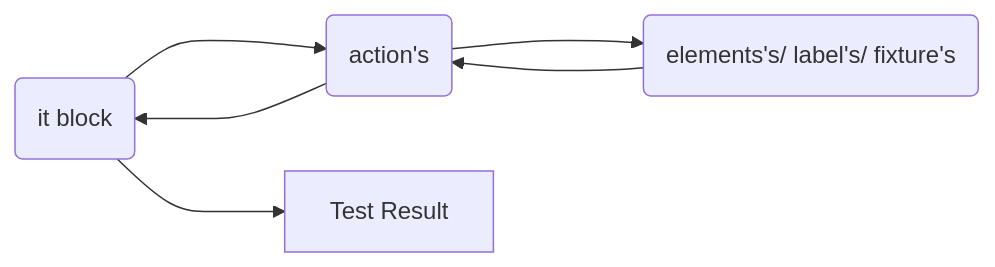
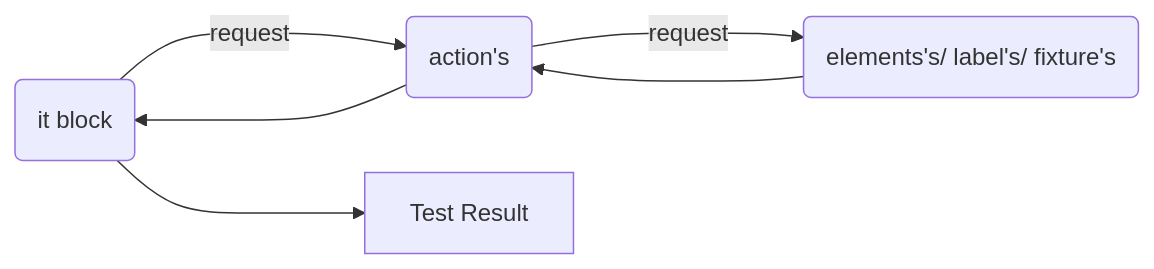
The diagram in README.md (tayyabsaleem7756/ignicube), drawn with Mermaid before and after one commit.

````diff
--- a/README.md
+++ b/README.md
@@ -86,6 +86,6 @@
 ```mermaid
 graph LR
-A(it block) --->B(action's) --->C(elements's/ label's/ fixture's) 
+A(it block) --request-->B(action's) --request-->C(elements's/ label's/ fixture's) 
 C(elements's/ label's/ fixture's) --->B(action's) --->A(it block)
 A(it block) --->D[Test Result]
 ```
````
